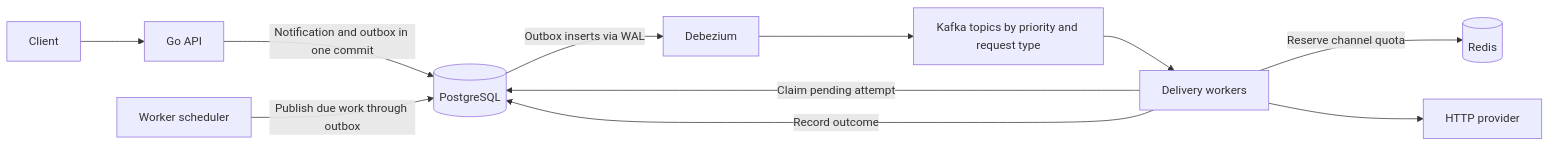
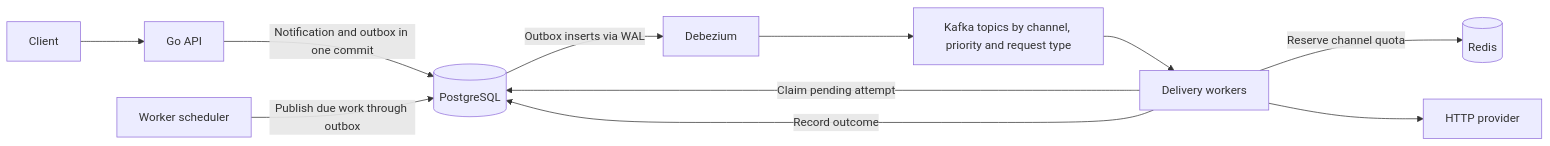
Before and after one commit to EfeDurmaz16/notification-system: the diagram in README.md, drawn with Mermaid. The commit also changed other lines of this file and 214 other files, not shown here.

````diff
--- a/README.md
+++ b/README.md
@@ -39,13 +35,13 @@
 ```mermaid
 flowchart LR
     C[Client] --> A[Go API]
     A -->|Notification and outbox in one commit| P[(PostgreSQL)]
     P -->|Outbox inserts via WAL| D[Debezium]
-    D --> K[Kafka topics by priority and request type]
+    D --> K[Kafka topics by channel, priority and request type]
     K --> W[Delivery workers]
     W -->|Reserve channel quota| R[(Redis)]
     W -->|Claim pending attempt| P
     W --> H[HTTP provider]
     W -->|Record outcome| P
     S[Worker scheduler] -->|Publish due work through outbox| P
 ```
````
